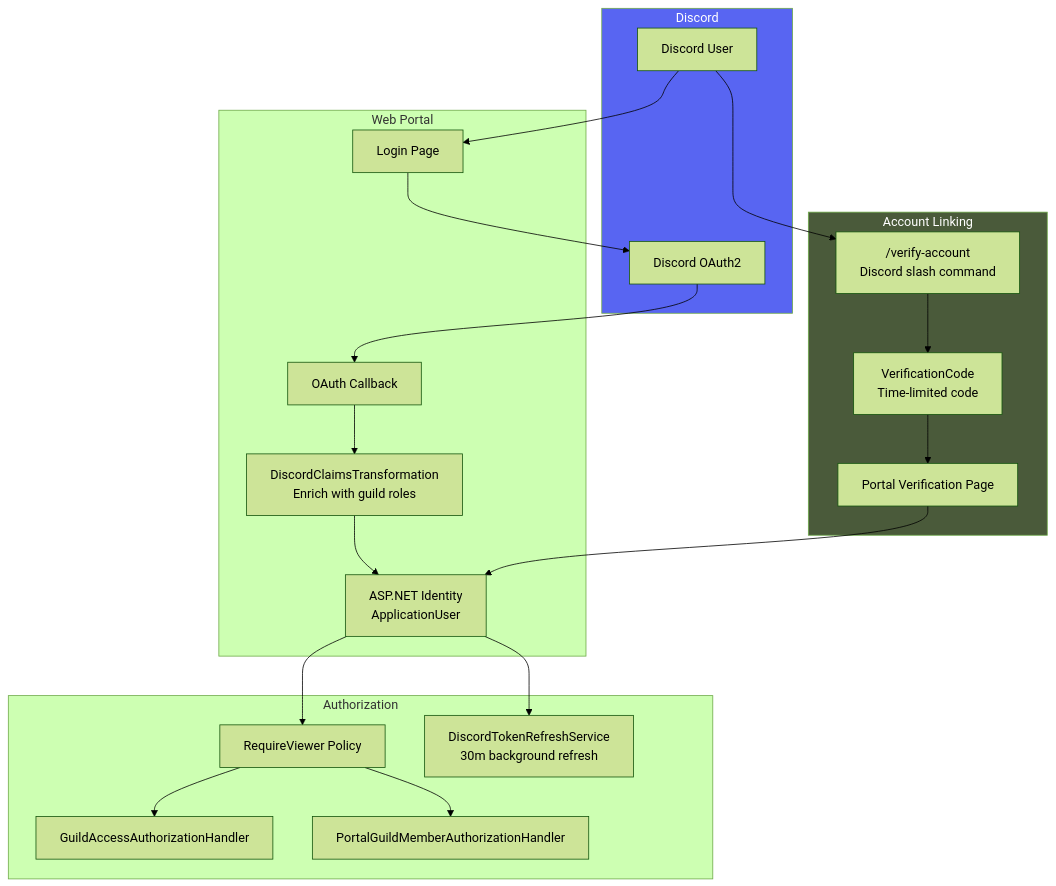
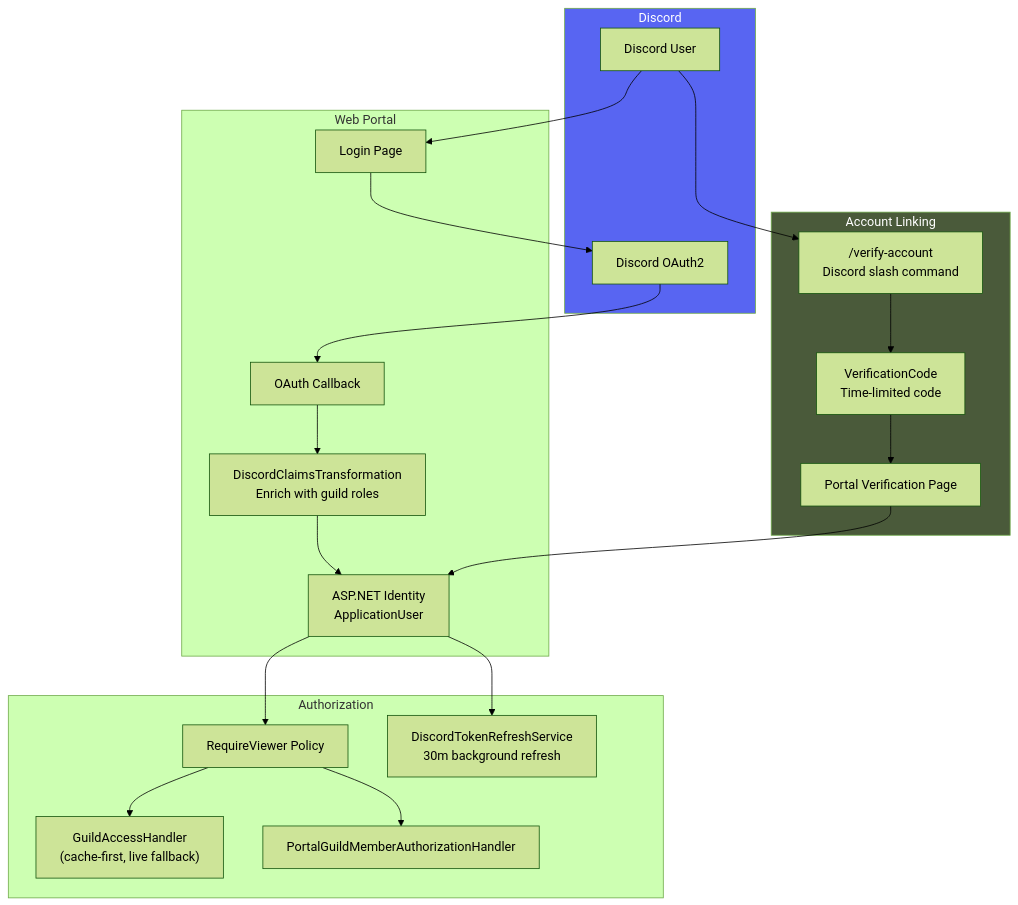
Diagram 13 of 13 in docs/architecture-diagrams.md (cpike5/discordbot), drawn with Mermaid (forest theme) before and after one commit. The commit also changed other lines of this file and 8 other files, not shown here.

````diff
--- a/docs/architecture-diagrams.md
+++ b/docs/architecture-diagrams.md
@@ -588,43 +588,43 @@
 ```mermaid
 flowchart TD
     subgraph discordSide["Discord"]
         discordUser["Discord User"]
         discordOAuth["Discord OAuth2"]
     end
 
     subgraph portal["Web Portal"]
         login["Login Page"]
         oauthCallback["OAuth Callback"]
         claimsTransform["DiscordClaimsTransformation\nEnrich with guild roles"]
         identity["ASP.NET Identity\nApplicationUser"]
     end
 
     subgraph linking["Account Linking"]
         verifyCmd["/verify-account\nDiscord slash command"]
         verifyCode["VerificationCode\nTime-limited code"]
         verifyPage["Portal Verification Page"]
     end
 
     subgraph authz["Authorization"]
         viewerPolicy["RequireViewer Policy"]
-        guildHandler["GuildAccessAuthorizationHandler"]
+        guildHandler["GuildAccessHandler\n(cache-first, live fallback)"]
         memberHandler["PortalGuildMemberAuthorizationHandler"]
         tokenRefresh["DiscordTokenRefreshService\n30m background refresh"]
     end
 
     discordUser --> login
     login --> discordOAuth
     discordOAuth --> oauthCallback
     oauthCallback --> claimsTransform --> identity
 
     discordUser --> verifyCmd
     verifyCmd --> verifyCode
     verifyCode --> verifyPage
     verifyPage --> identity
 
     identity --> viewerPolicy --> guildHandler & memberHandler
     identity --> tokenRefresh
 
     style discordSide fill:#5865F2,color:#fff
     style linking fill:#4a5a3a,color:#fff
 ```
````
